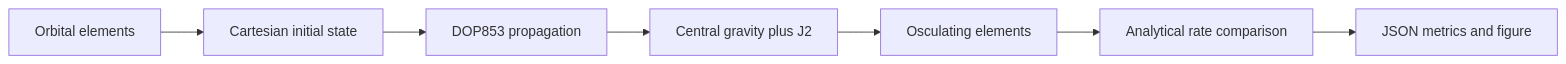
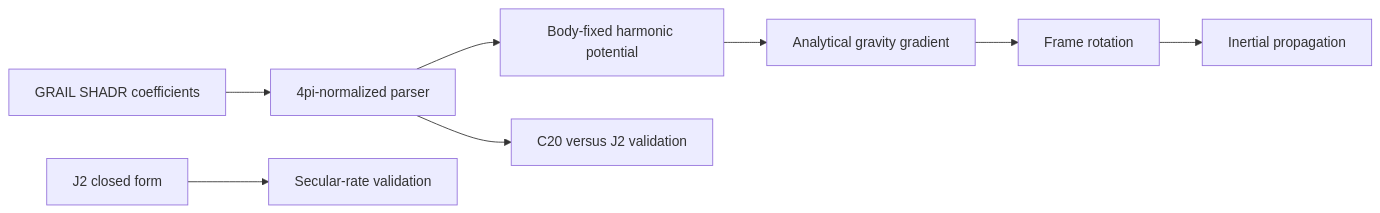
Before and after one commit to sylvesterkaczmarek/lunar-astrodynamics-simulation: the diagram in README.md, drawn with Mermaid. The commit also changed other lines of this file and 19 other files, not shown here.

Commit message:
Add GRAIL spherical harmonic gravity model

````diff
--- a/README.md
+++ b/README.md
@@ -13,9 +13,10 @@
 ```mermaid
 flowchart LR
-    A[Orbital elements] --> B[Cartesian initial state]
-    B --> C[DOP853 propagation]
-    C --> D[Central gravity plus J2]
-    D --> E[Osculating elements]
-    E --> F[Analytical rate comparison]
-    F --> G[JSON metrics and figure]
+    A[GRAIL SHADR coefficients] --> B[4pi-normalized parser]
+    B --> C[Body-fixed harmonic potential]
+    C --> D[Analytical gravity gradient]
+    D --> E[Frame rotation]
+    E --> F[Inertial propagation]
+    G[J2 closed form] --> H[Secular-rate validation]
+    B --> I[C20 versus J2 validation]
 ```
````
